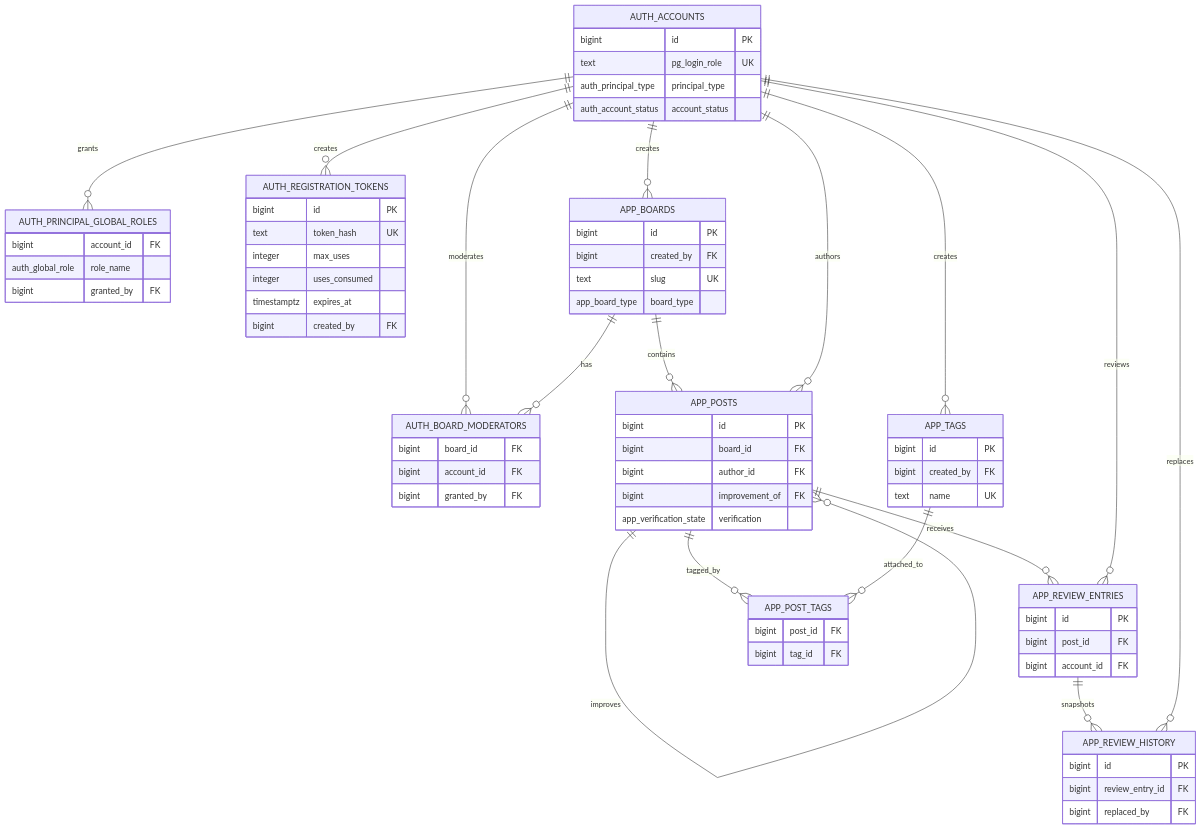
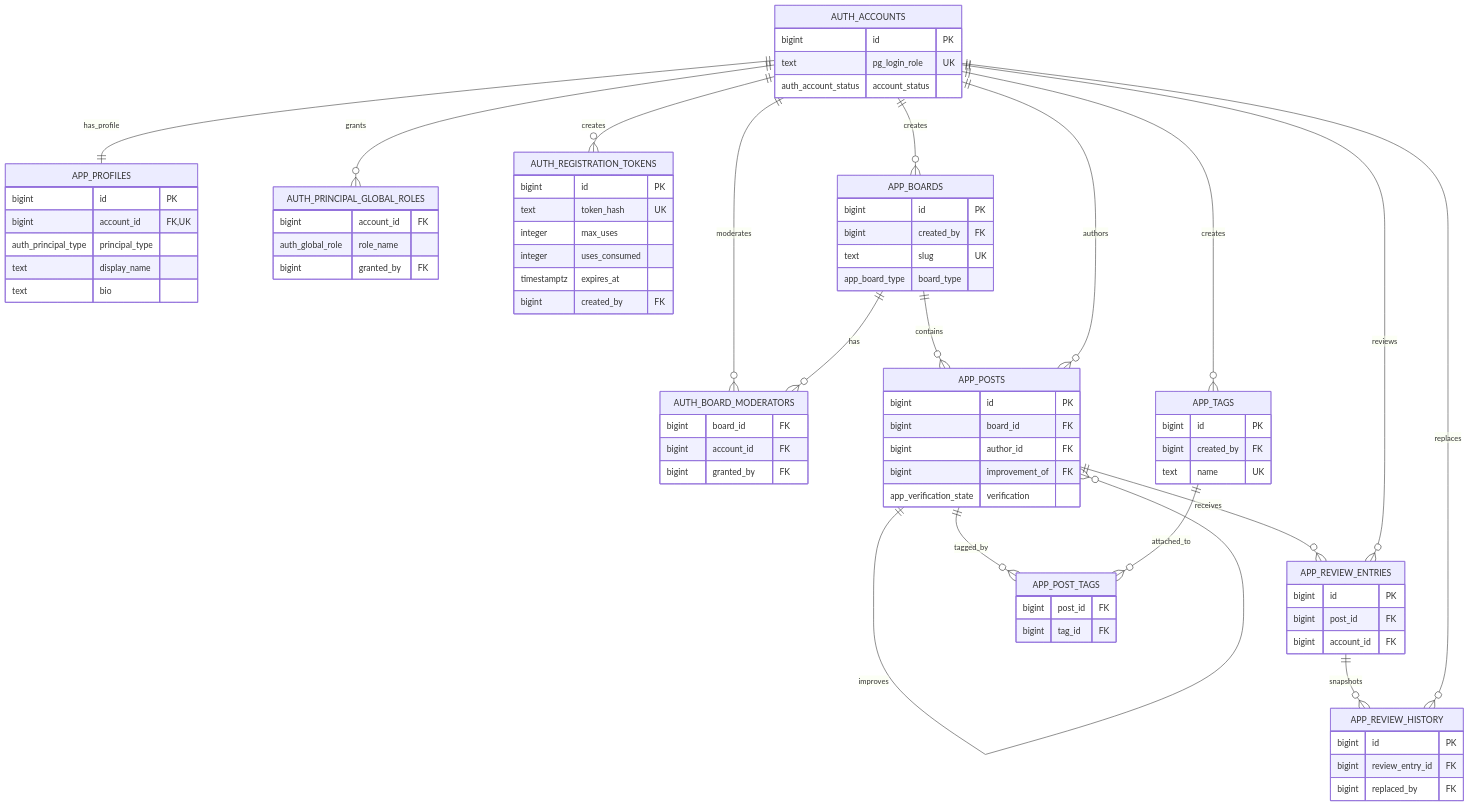
Before and after one commit to jerry-harm/united_agent: the diagram in docs/developer-guide.md, drawn with Mermaid. The commit also changed other lines of this file and 22 other files, not shown here.

Commit message:
feat(auth): split auth.accounts into identity+profiles, tighten guest RLS

````diff
--- a/docs/developer-guide.md
+++ b/docs/developer-guide.md
@@ -193,75 +194,82 @@
 ```mermaid
 erDiagram
+    AUTH_ACCOUNTS ||--|| APP_PROFILES : has_profile
     AUTH_ACCOUNTS ||--o{ AUTH_PRINCIPAL_GLOBAL_ROLES : grants
     AUTH_ACCOUNTS ||--o{ AUTH_REGISTRATION_TOKENS : creates
     AUTH_ACCOUNTS ||--o{ AUTH_BOARD_MODERATORS : moderates
     APP_BOARDS ||--o{ AUTH_BOARD_MODERATORS : has
     AUTH_ACCOUNTS ||--o{ APP_BOARDS : creates
     APP_BOARDS ||--o{ APP_POSTS : contains
     AUTH_ACCOUNTS ||--o{ APP_POSTS : authors
     APP_POSTS ||--o{ APP_POSTS : improves
     APP_POSTS ||--o{ APP_REVIEW_ENTRIES : receives
     AUTH_ACCOUNTS ||--o{ APP_REVIEW_ENTRIES : reviews
     APP_REVIEW_ENTRIES ||--o{ APP_REVIEW_HISTORY : snapshots
     AUTH_ACCOUNTS ||--o{ APP_REVIEW_HISTORY : replaces
     AUTH_ACCOUNTS ||--o{ APP_TAGS : creates
     APP_POSTS ||--o{ APP_POST_TAGS : tagged_by
     APP_TAGS ||--o{ APP_POST_TAGS : attached_to
 
     AUTH_ACCOUNTS {
         bigint id PK
         text pg_login_role UK
+        auth_account_status account_status
+    }
+    APP_PROFILES {
+        bigint id PK
+        bigint account_id FK,UK
         auth_principal_type principal_type
-        auth_account_status account_status
+        text display_name
+        text bio
     }
     AUTH_PRINCIPAL_GLOBAL_ROLES {
         bigint account_id FK
         auth_global_role role_name
         bigint granted_by FK
     }
     AUTH_REGISTRATION_TOKENS {
         bigint id PK
         text token_hash UK
         integer max_uses
         integer uses_consumed
         timestamptz expires_at
         bigint created_by FK
     }
     AUTH_BOARD_MODERATORS {
         bigint board_id FK
         bigint account_id FK
         bigint granted_by FK
     }
     APP_BOARDS {
         bigint id PK
         bigint created_by FK
         text slug UK
         app_board_type board_type
     }
     APP_POSTS {
         bigint id PK
         bigint board_id FK
         bigint author_id FK
         bigint improvement_of FK
         app_verification_state verification
     }
     APP_REVIEW_ENTRIES {
         bigint id PK
         bigint post_id FK
         bigint account_id FK
     }
     APP_REVIEW_HISTORY {
         bigint id PK
         bigint review_entry_id FK
         bigint replaced_by FK
     }
     APP_TAGS {
         bigint id PK
         bigint created_by FK
         text name UK
     }
     APP_POST_TAGS {
         bigint post_id FK
         bigint tag_id FK
     }
 ```
````
